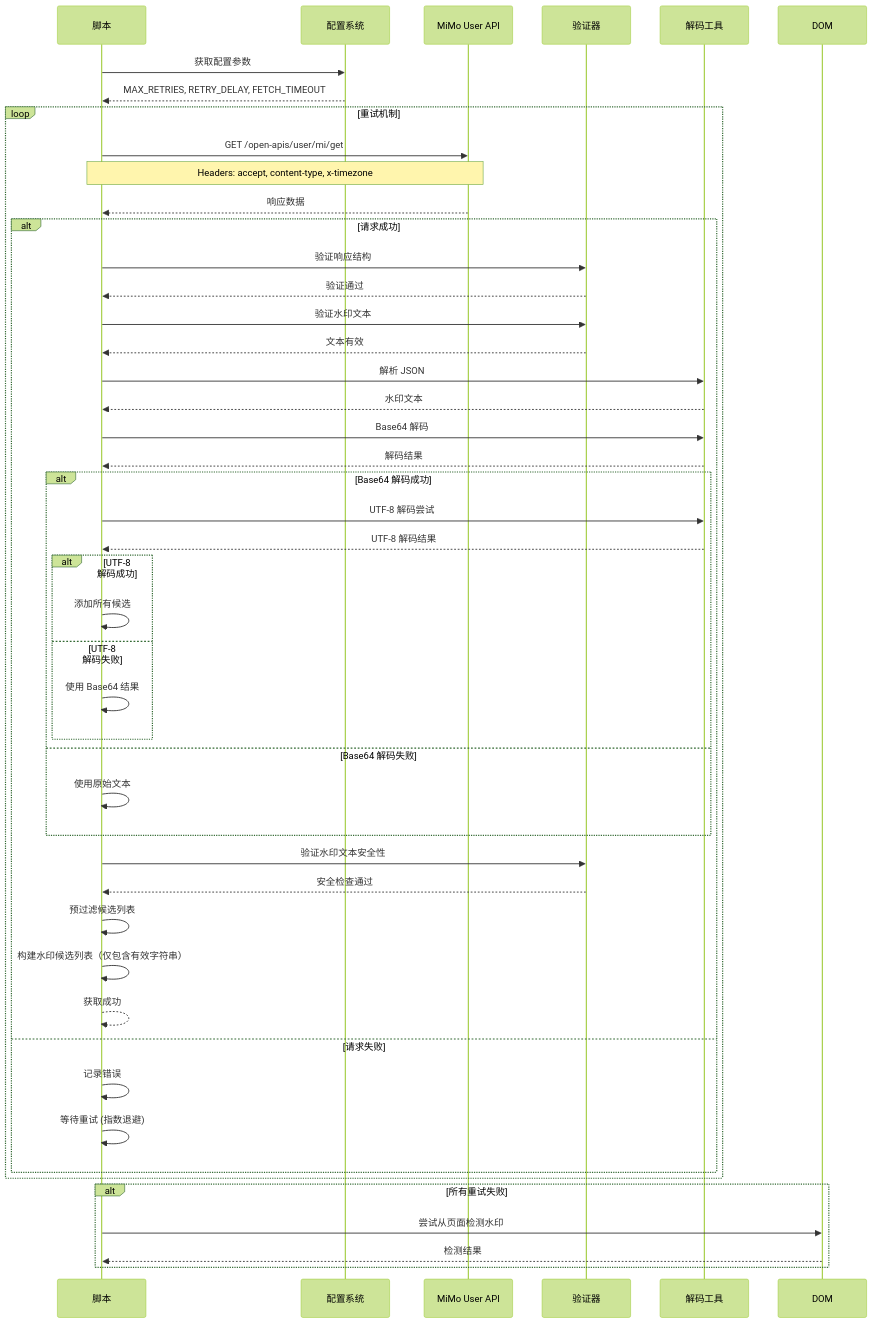
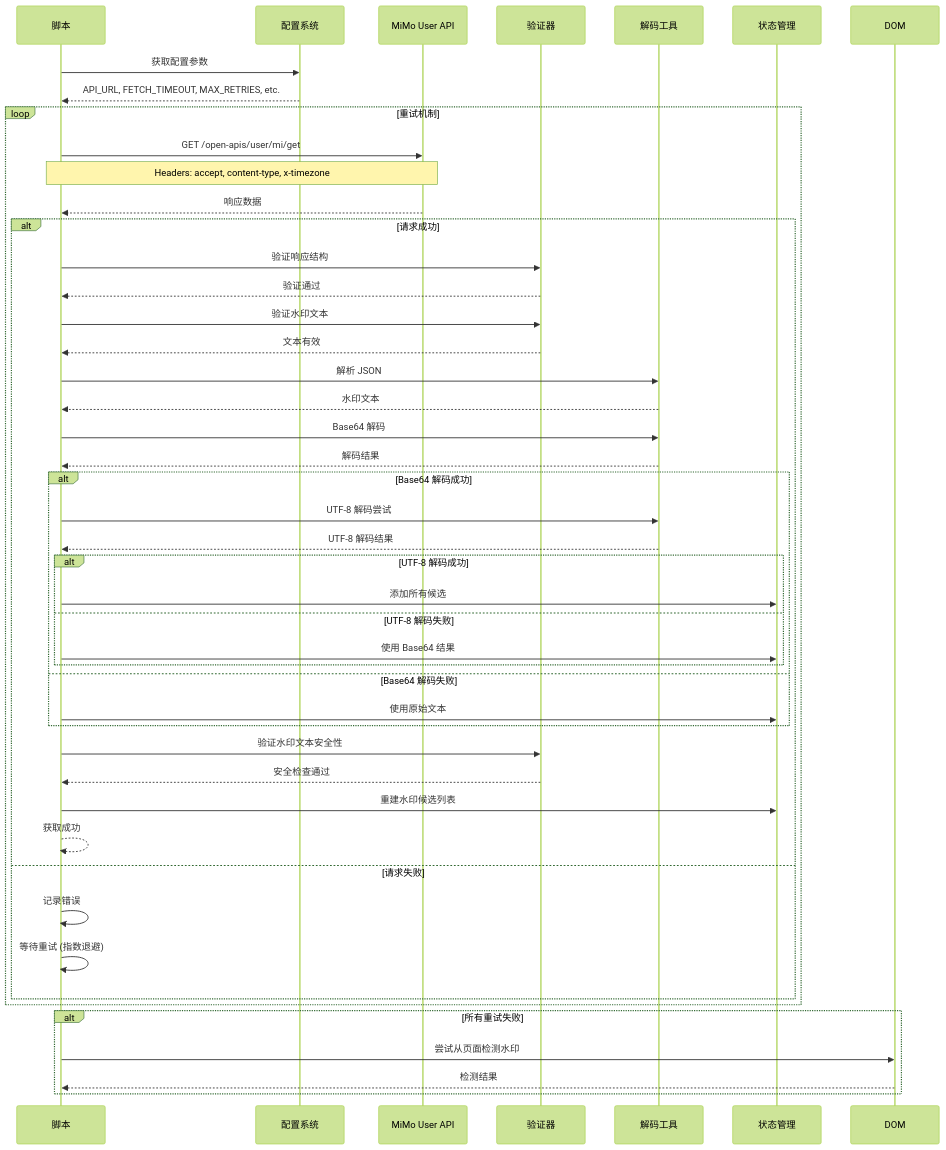
The second of 6 diagrams in doc/SEQUENCE_DIAGRAMS.md (wang93wei/Xiaomi-MiMo-Studio-Watermark-Remover), drawn with Mermaid (forest theme) before and after one commit. The commit also changed other lines of this file and 4 other files, not shown here.

````diff
--- a/doc/SEQUENCE_DIAGRAMS.md
+++ b/doc/SEQUENCE_DIAGRAMS.md
@@ -105,60 +58,61 @@
 ```mermaid
 sequenceDiagram
     participant Script as 脚本
     participant Config as 配置系统
     participant API as MiMo User API
     participant Validator as 验证器
     participant Utils as 解码工具
+    participant State as 状态管理
 
     Script->>Config: 获取配置参数
-    Config-->>Script: MAX_RETRIES, RETRY_DELAY, FETCH_TIMEOUT
+    Config-->>Script: API_URL, FETCH_TIMEOUT, MAX_RETRIES, etc.
 
     loop 重试机制
         Script->>API: GET /open-apis/user/mi/get
 
         Note over Script,API: Headers: accept, content-type, x-timezone
 
         API-->>Script: 响应数据
 
         alt 请求成功
             Script->>Validator: 验证响应结构
             Validator-->>Script: 验证通过
 
             Script->>Validator: 验证水印文本
             Validator-->>Script: 文本有效
 
             Script->>Utils: 解析 JSON
             Utils-->>Script: 水印文本
+
             Script->>Utils: Base64 解码
             Utils-->>Script: 解码结果
 
             alt Base64 解码成功
                 Script->>Utils: UTF-8 解码尝试
                 Utils-->>Script: UTF-8 解码结果
 
                 alt UTF-8 解码成功
-                    Script->>Script: 添加所有候选
+                    Script->>State: 添加所有候选
                 else UTF-8 解码失败
-                    Script->>Script: 使用 Base64 结果
+                    Script->>State: 使用 Base64 结果
                 end
             else Base64 解码失败
-                Script->>Script: 使用原始文本
+                Script->>State: 使用原始文本
             end
 
             Script->>Validator: 验证水印文本安全性
             Validator-->>Script: 安全检查通过
 
-            Script->>Script: 预过滤候选列表
-            Script->>Script: 构建水印候选列表（仅包含有效字符串）
+            Script->>State: 重建水印候选列表
             Script-->>Script: 获取成功
         else 请求失败
             Script->>Script: 记录错误
             Script->>Script: 等待重试 (指数退避)
         end
     end
 
     alt 所有重试失败
         Script->>DOM: 尝试从页面检测水印
         DOM-->>Script: 检测结果
     end
 ```
````
